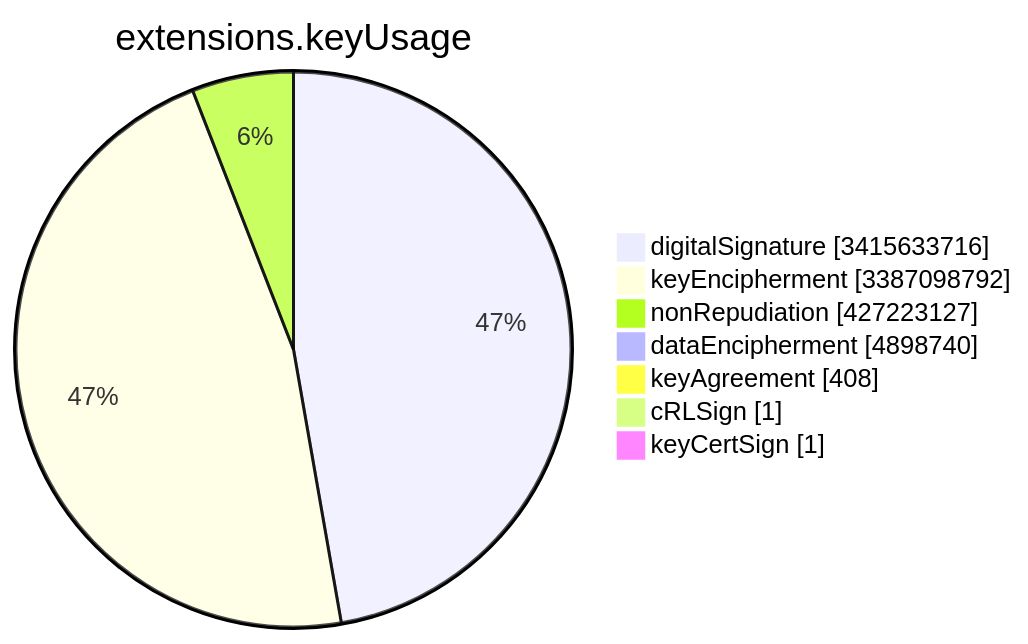
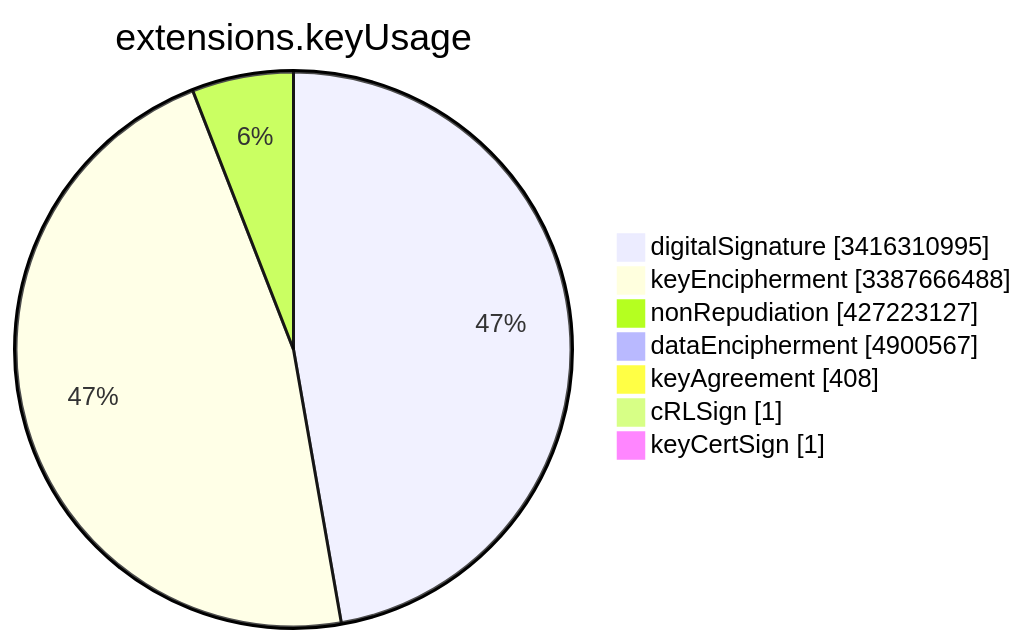
Before and after one commit to christiankrug/ctmonitor_visualization: the sixth of 15 diagrams in TOTAL/README.md, drawn with Mermaid. The commit also changed other lines of this file, not shown here.

````diff
--- a/TOTAL/README.md
+++ b/TOTAL/README.md
@@ -3081,11 +3081,11 @@
 ```mermaid
 pie showData
 title extensions.keyUsage
-"digitalSignature" :3415633716
-"keyEncipherment" :3387098792
+"digitalSignature" :3416310995
+"keyEncipherment" :3387666488
 "nonRepudiation" :427223127
-"dataEncipherment" :4898740
+"dataEncipherment" :4900567
 "keyAgreement" :408
 "cRLSign" :1
 "keyCertSign" :1
 ```
````
